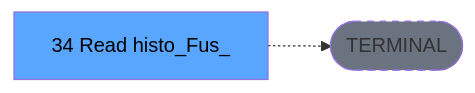
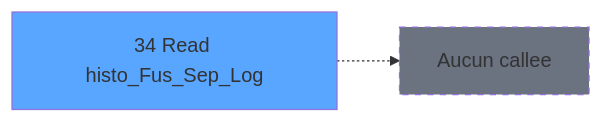
The third of 3 diagrams in .openspec/specs/ADH-IDE-34.md (thonyAGP/lecteur-magic), drawn with Mermaid before and after one commit. The commit also changed other lines of this file and 96 other files, not shown here.

````diff
--- a/.openspec/specs/ADH-IDE-34.md
+++ b/.openspec/specs/ADH-IDE-34.md
@@ -134,8 +156,8 @@
 ```mermaid
 graph LR
-    T[34 Read histo_Fus_]
-    TERM([TERMINAL])
-    T -.-> TERM
-    style TERM fill:#6b7280,stroke-dasharray: 5 5
-    style T fill:#58a6ff,color:#000
+    T34[34 Read histo_Fus_Sep_Log]
+    style T34 fill:#58a6ff
+    NONE[Aucun callee]
+    T34 -.-> NONE
+    style NONE fill:#6b7280,stroke-dasharray: 5 5
 ```
````
